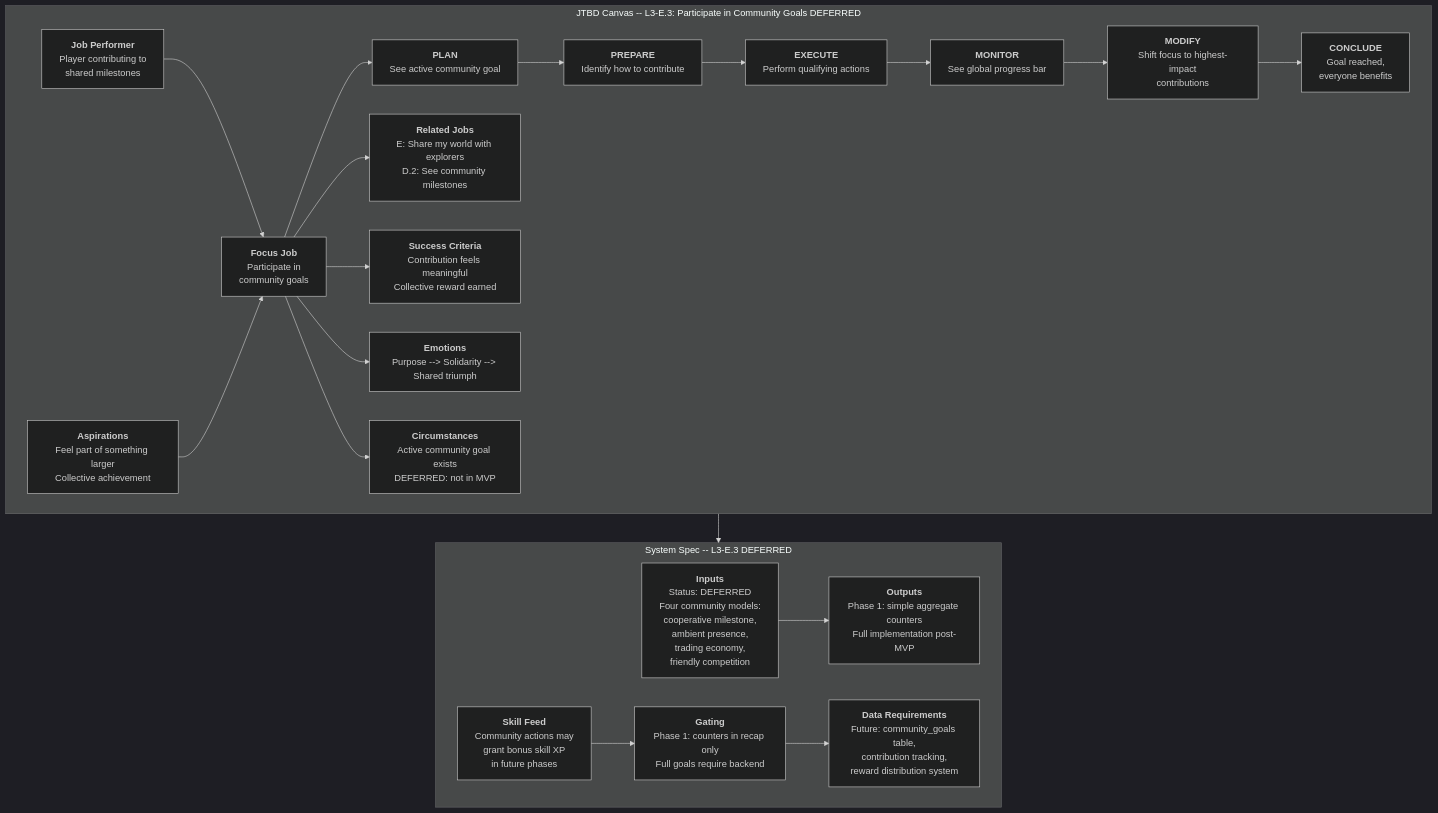
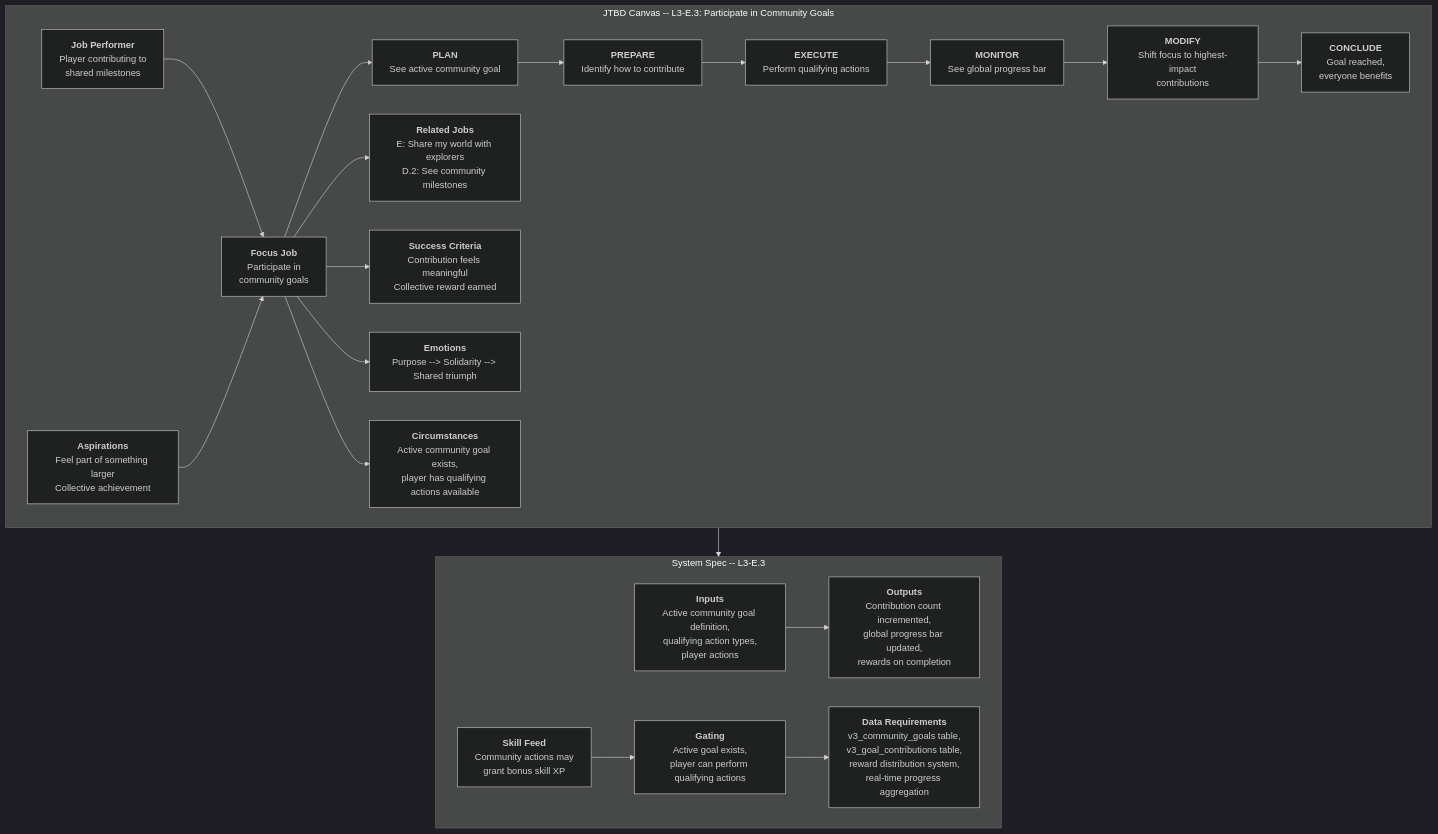
Before and after one commit to JMLegere/geo-app: the diagram in docs/diagrams/problem/e3-community-goals.mmd, drawn with Mermaid (dark theme). The commit also changed 8 other files, not shown here.

First line of the commit message:
docs: remove all DEFERRED status — everything is in scope

```diff
--- a/docs/diagrams/problem/e3-community-goals.mmd
+++ b/docs/diagrams/problem/e3-community-goals.mmd
@@ -1,39 +1,39 @@
 flowchart TD
-    subgraph JTBD["JTBD Canvas -- L3-E.3: Participate in Community Goals DEFERRED"]
+    subgraph JTBD["JTBD Canvas -- L3-E.3: Participate in Community Goals"]
         JP["<b>Job Performer</b><br/>Player contributing to<br/>shared milestones"]
         ASP["<b>Aspirations</b><br/>Feel part of something larger<br/>Collective achievement"]
         FJ["<b>Focus Job</b><br/>Participate in<br/>community goals"]
         RJ["<b>Related Jobs</b><br/>E: Share my world with explorers<br/>D.2: See community milestones"]
         PLAN["<b>PLAN</b><br/>See active community goal"]
         PREPARE["<b>PREPARE</b><br/>Identify how to contribute"]
         EXECUTE["<b>EXECUTE</b><br/>Perform qualifying actions"]
         MONITOR["<b>MONITOR</b><br/>See global progress bar"]
         MODIFY["<b>MODIFY</b><br/>Shift focus to highest-impact<br/>contributions"]
         CONCLUDE["<b>CONCLUDE</b><br/>Goal reached,<br/>everyone benefits"]
         SC["<b>Success Criteria</b><br/>Contribution feels meaningful<br/>Collective reward earned"]
         EM["<b>Emotions</b><br/>Purpose --> Solidarity --> Shared triumph"]
-        CIRC["<b>Circumstances</b><br/>Active community goal exists<br/>DEFERRED: not in MVP"]
+        CIRC["<b>Circumstances</b><br/>Active community goal exists,<br/>player has qualifying actions available"]
 
         JP --> FJ
         ASP --> FJ
         FJ --> PLAN
         PLAN --> PREPARE --> EXECUTE --> MONITOR --> MODIFY --> CONCLUDE
         FJ --> RJ
         FJ --> SC
         FJ --> EM
         FJ --> CIRC
     end
 
-    subgraph SystemSpec["System Spec -- L3-E.3 DEFERRED"]
-        IN["<b>Inputs</b><br/>Status: DEFERRED<br/>Four community models:<br/>cooperative milestone,<br/>ambient presence,<br/>trading economy,<br/>friendly competition"]
-        OUT["<b>Outputs</b><br/>Phase 1: simple aggregate counters<br/>Full implementation post-MVP"]
-        SF["<b>Skill Feed</b><br/>Community actions may<br/>grant bonus skill XP<br/>in future phases"]
-        GT["<b>Gating</b><br/>Phase 1: counters in recap only<br/>Full goals require backend"]
-        DR["<b>Data Requirements</b><br/>Future: community_goals table,<br/>contribution tracking,<br/>reward distribution system"]
+    subgraph SystemSpec["System Spec -- L3-E.3"]
+        IN["<b>Inputs</b><br/>Active community goal definition,<br/>qualifying action types,<br/>player actions"]
+        OUT["<b>Outputs</b><br/>Contribution count incremented,<br/>global progress bar updated,<br/>rewards on completion"]
+        SF["<b>Skill Feed</b><br/>Community actions may<br/>grant bonus skill XP"]
+        GT["<b>Gating</b><br/>Active goal exists,<br/>player can perform qualifying actions"]
+        DR["<b>Data Requirements</b><br/>v3_community_goals table,<br/>v3_goal_contributions table,<br/>reward distribution system,<br/>real-time progress aggregation"]
 
         IN --> OUT
         SF --> GT
         GT --> DR
     end
 
     JTBD --> SystemSpec
```
